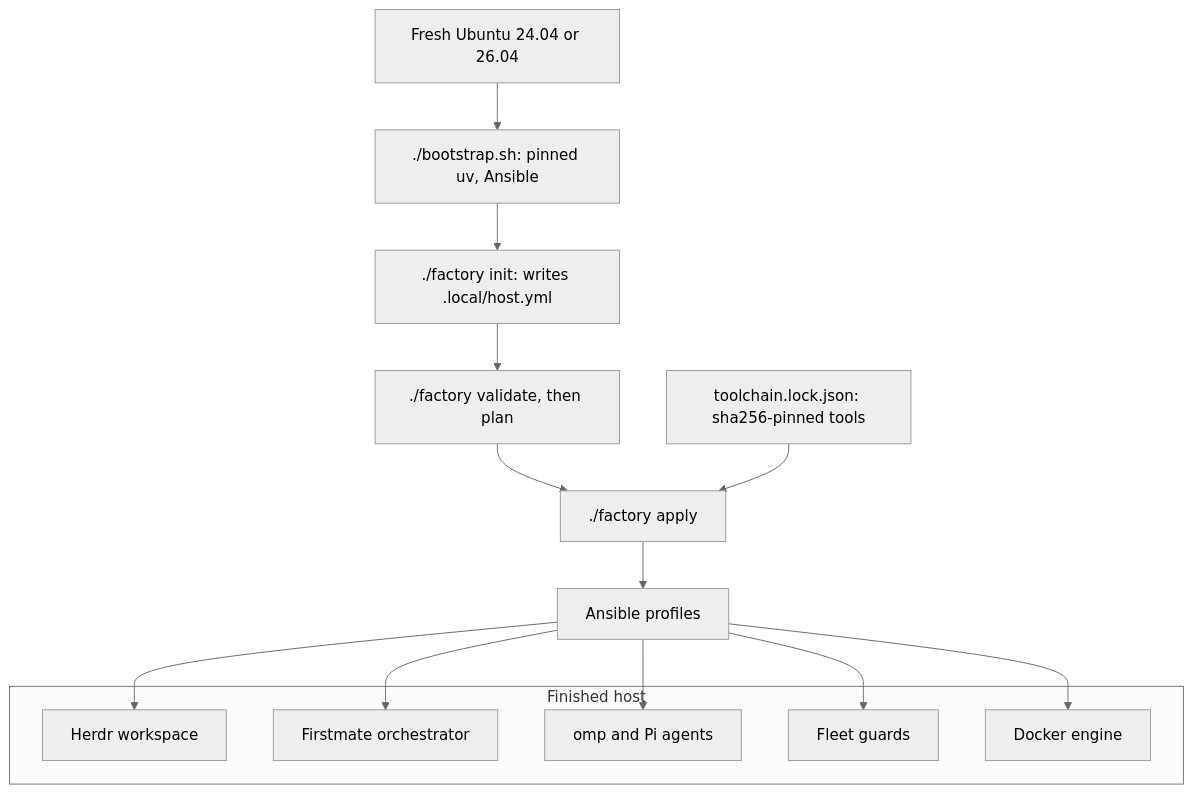
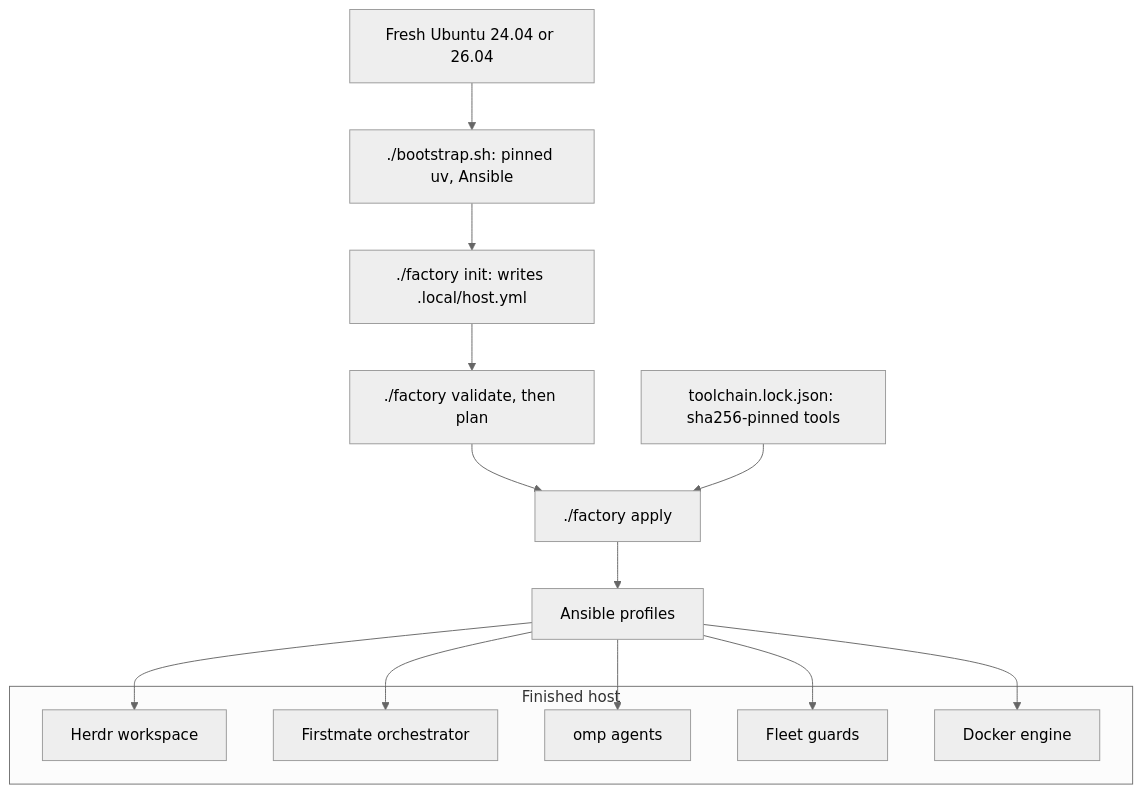
One commit to i098/Code-Factory changed the diagram in README.md. Above: the diagram before and after it, drawn with Mermaid (neutral theme). The commit also changed other lines of this file, not shown here.

Commit message:
docs: name only omp as the agent harness in the README

````diff
--- a/README.md
+++ b/README.md
@@ -5,21 +5,21 @@
 ```mermaid
 flowchart TD
     box["Fresh Ubuntu 24.04 or 26.04"] --> boot["./bootstrap.sh: pinned uv, Ansible"]
     boot --> init["./factory init: writes .local/host.yml"]
     init --> check["./factory validate, then plan"]
     check --> apply["./factory apply"]
     lock["toolchain.lock.json: sha256-pinned tools"] --> apply
     apply --> profiles["Ansible profiles"]
     subgraph host["Finished host"]
         herdr["Herdr workspace"]
         fm["Firstmate orchestrator"]
-        agents["omp and Pi agents"]
+        agents["omp agents"]
         guards["Fleet guards"]
         docker["Docker engine"]
     end
     profiles --> herdr
     profiles --> fm
     profiles --> agents
     profiles --> guards
     profiles --> docker
 ```
````
